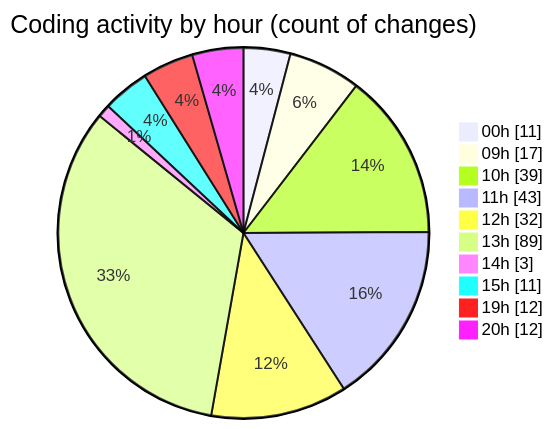
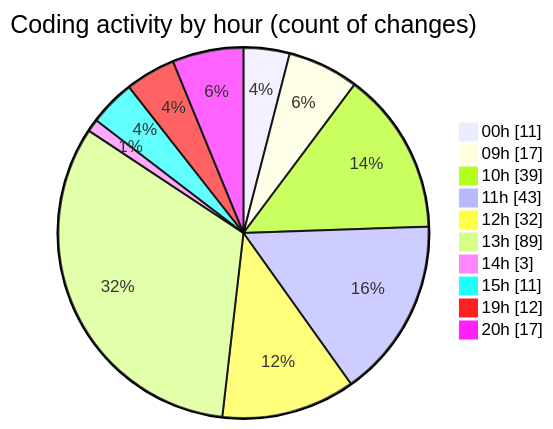
One commit to momahboobian/code-tracking changed the second of 2 diagrams in 2026-09-02/cda/README.md. Above: the diagram before and after it, drawn with Mermaid. The commit also changed other lines of this file and 1 other file, not shown here.

````diff
--- a/2026-09-02/cda/README.md
+++ b/2026-09-02/cda/README.md
@@ -91,14 +91,14 @@
 ```mermaid
 pie showData
 title Coding activity by hour (count of changes)
 "00h" : 11
 "09h" : 17
 "10h" : 39
 "11h" : 43
 "12h" : 32
 "13h" : 89
 "14h" : 3
 "15h" : 11
 "19h" : 12
-"20h" : 12
+"20h" : 17
 ```
````
